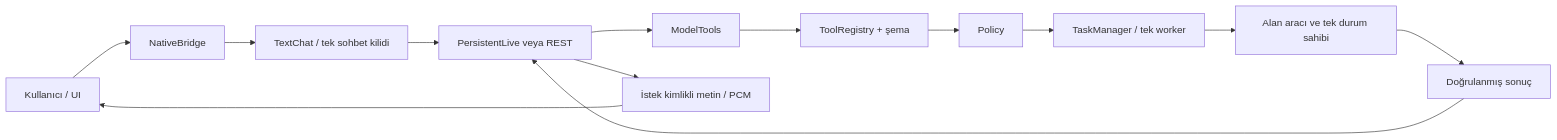
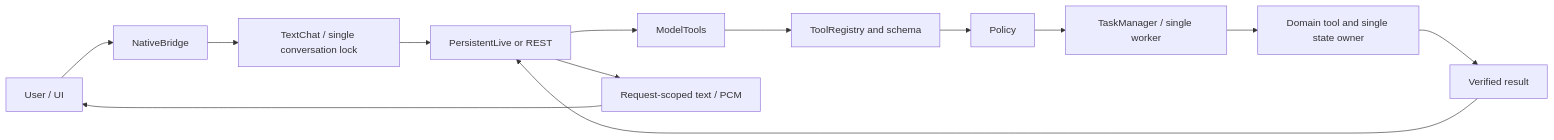
The diagram in docs/ARCHITECTURE.md (Walbertb4/TaskVex), drawn with Mermaid before and after one commit. The commit also changed other lines of this file and 318 other files, not shown here.

````diff
--- a/docs/ARCHITECTURE.md
+++ b/docs/ARCHITECTURE.md
@@ -18,15 +18,15 @@
 ```mermaid
 flowchart LR
-  U[Kullanıcı / UI] --> B[NativeBridge]
-  B --> C[TextChat / tek sohbet kilidi]
-  C --> L[PersistentLive veya REST]
+  U[User / UI] --> B[NativeBridge]
+  B --> C[TextChat / single conversation lock]
+  C --> L[PersistentLive or REST]
   L --> M[ModelTools]
-  M --> R[ToolRegistry + şema]
+  M --> R[ToolRegistry and schema]
   R --> P[Policy]
-  P --> T[TaskManager / tek worker]
-  T --> D[Alan aracı ve tek durum sahibi]
-  D --> V[Doğrulanmış sonuç]
+  P --> T[TaskManager / single worker]
+  T --> D[Domain tool and single state owner]
+  D --> V[Verified result]
   V --> L
-  L --> A[İstek kimlikli metin / PCM]
+  L --> A[Request-scoped text / PCM]
   A --> U
 ```
````
